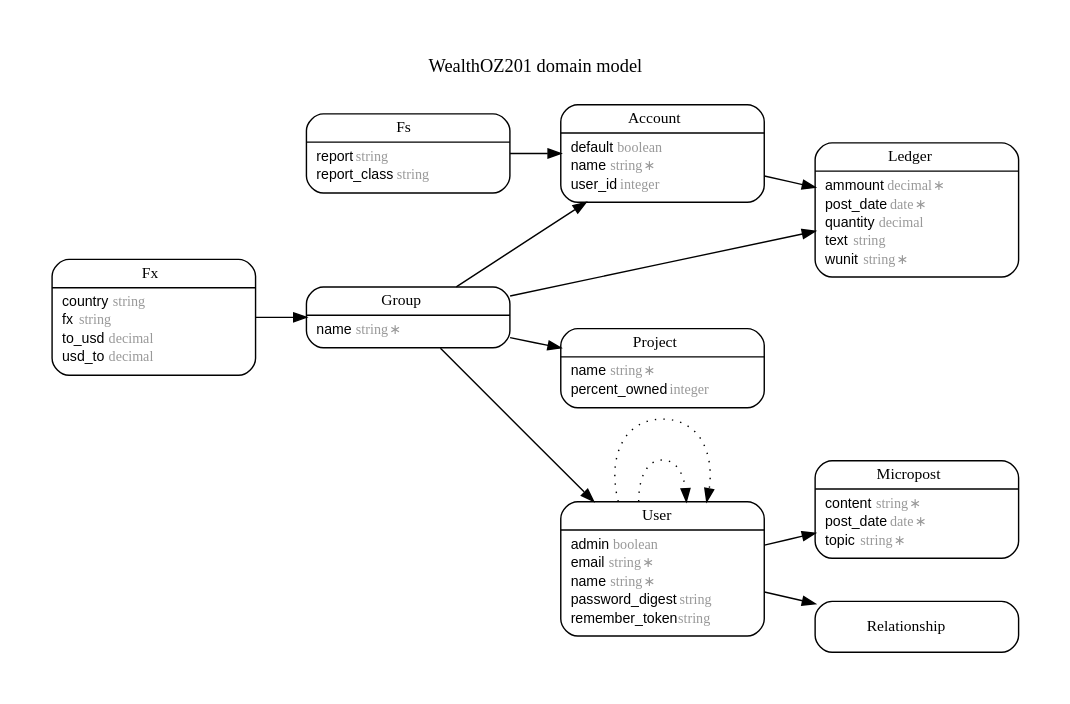
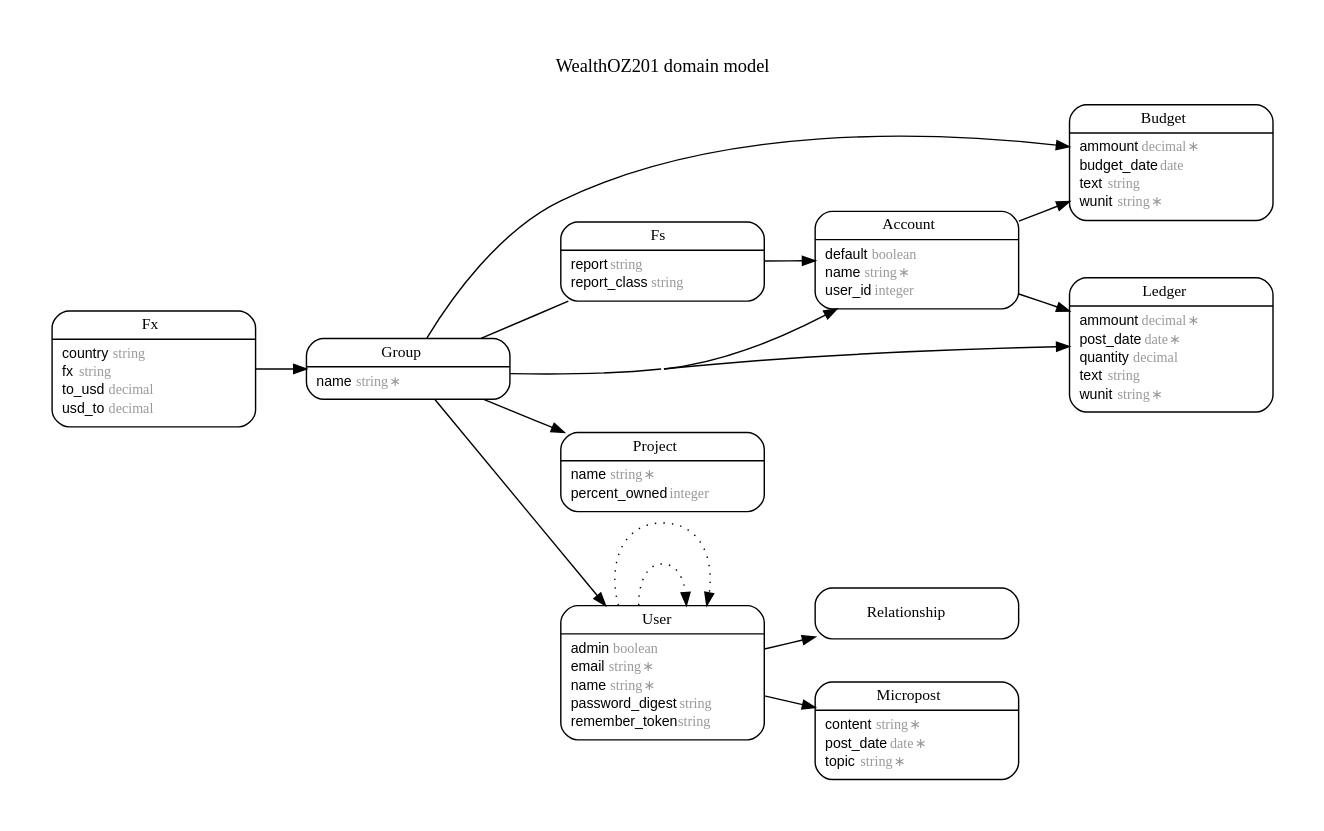
Before and after one commit to wealthoz/wealthoz.com: the diagram in erd.dot, drawn with Graphviz. The commit also changed 33 other files, not shown here.

```diff
--- a/erd.dot
+++ b/erd.dot
@@ -1,111 +1,125 @@
 digraph WealthOZ201 {
 rankdir = "LR";
 ranksep = "0.5";
 nodesep = "0.4";
 pad = "0.4,0.4";
 margin = "0,0";
 concentrate = "true";
 labelloc = "t";
 fontsize = "13";
 fontname = "Arial Bold";
 node[ shape  =  "Mrecord" , fontsize  =  "10" , fontname  =  "Arial" , margin  =  "0.07,0.05" , penwidth  =  "1.0"];
 edge[ fontname  =  "Arial" , fontsize  =  "7" , dir  =  "both" , arrowsize  =  "0.9" , penwidth  =  "1.0" , labelangle  =  "32" , labeldistance  =  "1.8"];
 label = "WealthOZ201 domain model\n\n";
 m_Account [label = <<table border="0" align="center" cellspacing="0.5" cellpadding="0" width="134">
   <tr><td align="center" valign="bottom" width="130"><font face="Arial Bold" point-size="11">Account</font></td></tr>
 </table>
 |
 <table border="0" align="left" cellspacing="2" cellpadding="0" width="134">
   <tr><td align="left" width="130" port="default">default <font face="Arial Italic" color="grey60">boolean</font></td></tr>
   <tr><td align="left" width="130" port="name">name <font face="Arial Italic" color="grey60">string ∗</font></td></tr>
   <tr><td align="left" width="130" port="user_id">user_id <font face="Arial Italic" color="grey60">integer</font></td></tr>
+</table>
+>];
+m_Budget [label = <<table border="0" align="center" cellspacing="0.5" cellpadding="0" width="134">
+  <tr><td align="center" valign="bottom" width="130"><font face="Arial Bold" point-size="11">Budget</font></td></tr>
+</table>
+|
+<table border="0" align="left" cellspacing="2" cellpadding="0" width="134">
+  <tr><td align="left" width="130" port="ammount">ammount <font face="Arial Italic" color="grey60">decimal ∗</font></td></tr>
+  <tr><td align="left" width="130" port="budget_date">budget_date <font face="Arial Italic" color="grey60">date</font></td></tr>
+  <tr><td align="left" width="130" port="text">text <font face="Arial Italic" color="grey60">string</font></td></tr>
+  <tr><td align="left" width="130" port="wunit">wunit <font face="Arial Italic" color="grey60">string ∗</font></td></tr>
 </table>
 >];
 m_Fs [label = <<table border="0" align="center" cellspacing="0.5" cellpadding="0" width="134">
   <tr><td align="center" valign="bottom" width="130"><font face="Arial Bold" point-size="11">Fs</font></td></tr>
 </table>
 |
 <table border="0" align="left" cellspacing="2" cellpadding="0" width="134">
   <tr><td align="left" width="130" port="report">report <font face="Arial Italic" color="grey60">string</font></td></tr>
   <tr><td align="left" width="130" port="report_class">report_class <font face="Arial Italic" color="grey60">string</font></td></tr>
 </table>
 >];
 m_Fx [label = <<table border="0" align="center" cellspacing="0.5" cellpadding="0" width="134">
   <tr><td align="center" valign="bottom" width="130"><font face="Arial Bold" point-size="11">Fx</font></td></tr>
 </table>
 |
 <table border="0" align="left" cellspacing="2" cellpadding="0" width="134">
   <tr><td align="left" width="130" port="country">country <font face="Arial Italic" color="grey60">string</font></td></tr>
   <tr><td align="left" width="130" port="fx">fx <font face="Arial Italic" color="grey60">string</font></td></tr>
   <tr><td align="left" width="130" port="to_usd">to_usd <font face="Arial Italic" color="grey60">decimal</font></td></tr>
   <tr><td align="left" width="130" port="usd_to">usd_to <font face="Arial Italic" color="grey60">decimal</font></td></tr>
 </table>
 >];
 m_Group [label = <<table border="0" align="center" cellspacing="0.5" cellpadding="0" width="134">
   <tr><td align="center" valign="bottom" width="130"><font face="Arial Bold" point-size="11">Group</font></td></tr>
 </table>
 |
 <table border="0" align="left" cellspacing="2" cellpadding="0" width="134">
   <tr><td align="left" width="130" port="name">name <font face="Arial Italic" color="grey60">string ∗</font></td></tr>
 </table>
 >];
 m_Ledger [label = <<table border="0" align="center" cellspacing="0.5" cellpadding="0" width="134">
   <tr><td align="center" valign="bottom" width="130"><font face="Arial Bold" point-size="11">Ledger</font></td></tr>
 </table>
 |
 <table border="0" align="left" cellspacing="2" cellpadding="0" width="134">
   <tr><td align="left" width="130" port="ammount">ammount <font face="Arial Italic" color="grey60">decimal ∗</font></td></tr>
   <tr><td align="left" width="130" port="post_date">post_date <font face="Arial Italic" color="grey60">date ∗</font></td></tr>
   <tr><td align="left" width="130" port="quantity">quantity <font face="Arial Italic" color="grey60">decimal</font></td></tr>
   <tr><td align="left" width="130" port="text">text <font face="Arial Italic" color="grey60">string</font></td></tr>
   <tr><td align="left" width="130" port="wunit">wunit <font face="Arial Italic" color="grey60">string ∗</font></td></tr>
 </table>
 >];
 m_Micropost [label = <<table border="0" align="center" cellspacing="0.5" cellpadding="0" width="134">
   <tr><td align="center" valign="bottom" width="130"><font face="Arial Bold" point-size="11">Micropost</font></td></tr>
 </table>
 |
 <table border="0" align="left" cellspacing="2" cellpadding="0" width="134">
   <tr><td align="left" width="130" port="content">content <font face="Arial Italic" color="grey60">string ∗</font></td></tr>
   <tr><td align="left" width="130" port="post_date">post_date <font face="Arial Italic" color="grey60">date ∗</font></td></tr>
   <tr><td align="left" width="130" port="topic">topic <font face="Arial Italic" color="grey60">string ∗</font></td></tr>
 </table>
 >];
 m_Project [label = <<table border="0" align="center" cellspacing="0.5" cellpadding="0" width="134">
   <tr><td align="center" valign="bottom" width="130"><font face="Arial Bold" point-size="11">Project</font></td></tr>
 </table>
 |
 <table border="0" align="left" cellspacing="2" cellpadding="0" width="134">
   <tr><td align="left" width="130" port="name">name <font face="Arial Italic" color="grey60">string ∗</font></td></tr>
   <tr><td align="left" width="130" port="percent_owned">percent_owned <font face="Arial Italic" color="grey60">integer</font></td></tr>
 </table>
 >];
 m_Relationship [label = <<table border="0" align="center" cellspacing="0.5" cellpadding="0" width="134">
   <tr><td align="center" valign="bottom" width="130"><font face="Arial Bold" point-size="11">Relationship</font></td></tr>
 </table>
 >];
 m_User [label = <<table border="0" align="center" cellspacing="0.5" cellpadding="0" width="134">
   <tr><td align="center" valign="bottom" width="130"><font face="Arial Bold" point-size="11">User</font></td></tr>
 </table>
 |
 <table border="0" align="left" cellspacing="2" cellpadding="0" width="134">
   <tr><td align="left" width="130" port="admin">admin <font face="Arial Italic" color="grey60">boolean</font></td></tr>
   <tr><td align="left" width="130" port="email">email <font face="Arial Italic" color="grey60">string ∗</font></td></tr>
   <tr><td align="left" width="130" port="name">name <font face="Arial Italic" color="grey60">string ∗</font></td></tr>
   <tr><td align="left" width="130" port="password_digest">password_digest <font face="Arial Italic" color="grey60">string</font></td></tr>
   <tr><td align="left" width="130" port="remember_token">remember_token <font face="Arial Italic" color="grey60">string</font></td></tr>
 </table>
 >];
   m_Group -> m_Account [arrowhead = "normal", arrowtail = "none", weight = "2"];
   m_Fs -> m_Account [arrowhead = "normal", arrowtail = "none", weight = "2"];
   m_Account -> m_Ledger [arrowhead = "normal", arrowtail = "none", weight = "2"];
+  m_Account -> m_Budget [arrowhead = "normal", arrowtail = "none", weight = "2"];
+  m_Group -> m_Budget [arrowhead = "normal", arrowtail = "none", weight = "2"];
+  m_Group -> m_Fs [arrowhead = "none", arrowtail = "none", weight = "2"];
   m_Fx -> m_Group [arrowhead = "normal", arrowtail = "none", weight = "2"];
   m_Group -> m_User [arrowhead = "normal", arrowtail = "none", weight = "2"];
   m_Group -> m_Project [arrowhead = "normal", arrowtail = "none", weight = "2"];
   m_Group -> m_Ledger [arrowhead = "normal", arrowtail = "none", weight = "2"];
   m_User -> m_Micropost [arrowhead = "normal", arrowtail = "none", weight = "2"];
   m_User -> m_Relationship [arrowhead = "normal", arrowtail = "none", weight = "2"];
   m_User -> m_Relationship [arrowhead = "normal", arrowtail = "none", weight = "2"];
   m_User -> m_User [style = "dotted", arrowhead = "normal", arrowtail = "none", weight = "1", constraint = "false"];
   m_User -> m_User [style = "dotted", arrowhead = "normal", arrowtail = "none", weight = "1", constraint = "false"];
 }
```
